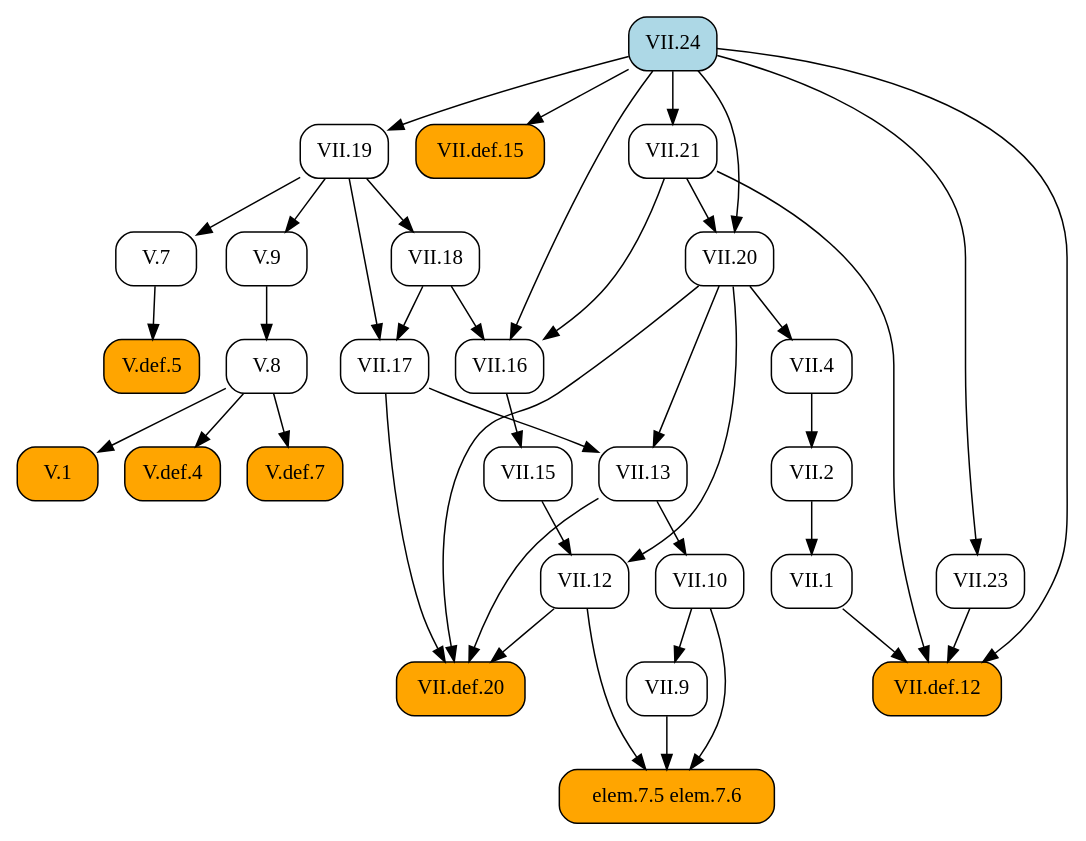
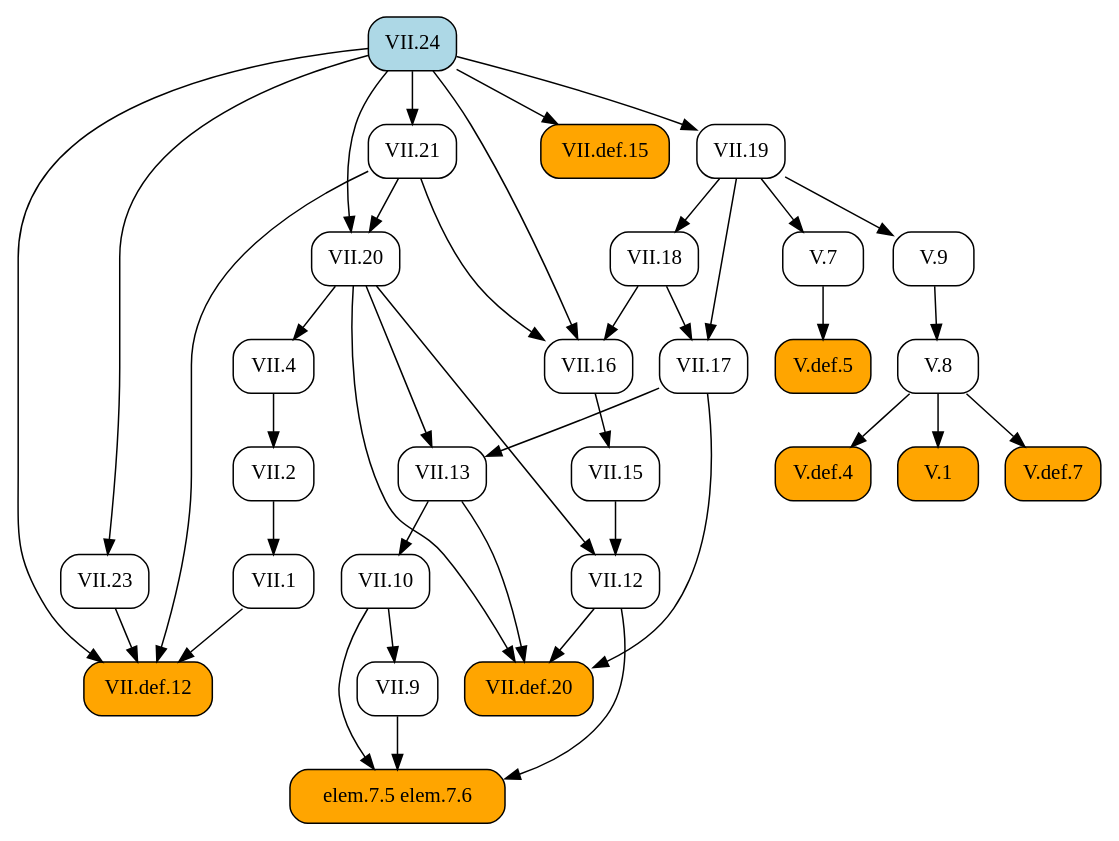
One commit to geometor/elements changed the diagram in docsrc/heath/VII/24/index.rst. Above: the diagram before and after it, drawn with Graphviz. The commit also changed other lines of this file and 484 other files, not shown here.

```diff
--- a/docsrc/heath/VII/24/index.rst
+++ b/docsrc/heath/VII/24/index.rst
@@ -48,73 +48,73 @@
 .. graphviz::
 
    digraph {
      rankdir="TB";
      node [shape=box, style=rounded];
-     "VII.def.12" [style="rounded,filled", fillcolor=orange, URL="/heath/VII/def.12/", target="_top"];
-     "V.8" [URL="/heath/V/8/", target="_top"];
+     "VII.12" [URL="/heath/VII/12/", target="_top"];
+     "elem.7.5 elem.7.6" [style="rounded,filled", fillcolor=orange];
+     "V.def.7" [style="rounded,filled", fillcolor=orange, URL="/heath/V/def.7/", target="_top"];
+     "VII.9" [URL="/heath/VII/9/", target="_top"];
+     "VII.18" [URL="/heath/VII/18/", target="_top"];
+     "VII.16" [URL="/heath/VII/16/", target="_top"];
+     "V.7" [URL="/heath/V/7/", target="_top"];
+     "VII.21" [URL="/heath/VII/21/", target="_top"];
+     "V.def.5" [style="rounded,filled", fillcolor=orange, URL="/heath/V/def.5/", target="_top"];
+     "V.def.4" [style="rounded,filled", fillcolor=orange, URL="/heath/V/def.4/", target="_top"];
+     "V.9" [URL="/heath/V/9/", target="_top"];
      "VII.1" [URL="/heath/VII/1/", target="_top"];
      "VII.10" [URL="/heath/VII/10/", target="_top"];
-     "VII.9" [URL="/heath/VII/9/", target="_top"];
+     "V.8" [URL="/heath/V/8/", target="_top"];
+     "VII.13" [URL="/heath/VII/13/", target="_top"];
+     "VII.23" [URL="/heath/VII/23/", target="_top"];
+     "VII.4" [URL="/heath/VII/4/", target="_top"];
+     "VII.def.12" [style="rounded,filled", fillcolor=orange, URL="/heath/VII/def.12/", target="_top"];
+     "VII.20" [URL="/heath/VII/20/", target="_top"];
+     "V.1" [style="rounded,filled", fillcolor=orange, URL="/heath/V/1/", target="_top"];
      "VII.def.15" [style="rounded,filled", fillcolor=orange, URL="/heath/VII/def.15/", target="_top"];
-     "V.def.5" [style="rounded,filled", fillcolor=orange, URL="/heath/V/def.5/", target="_top"];
+     "VII.24" [style="rounded,filled", fillcolor=lightblue, URL="/heath/VII/24/", target="_top"];
+     "VII.17" [URL="/heath/VII/17/", target="_top"];
      "VII.19" [URL="/heath/VII/19/", target="_top"];
-     "VII.18" [URL="/heath/VII/18/", target="_top"];
-     "VII.16" [URL="/heath/VII/16/", target="_top"];
-     "VII.4" [URL="/heath/VII/4/", target="_top"];
-     "VII.21" [URL="/heath/VII/21/", target="_top"];
-     "V.1" [style="rounded,filled", fillcolor=orange, URL="/heath/V/1/", target="_top"];
-     "VII.17" [URL="/heath/VII/17/", target="_top"];
-     "elem.7.5 elem.7.6" [style="rounded,filled", fillcolor=orange];
-     "VII.20" [URL="/heath/VII/20/", target="_top"];
-     "V.7" [URL="/heath/V/7/", target="_top"];
-     "VII.24" [style="rounded,filled", fillcolor=lightblue, URL="/heath/VII/24/", target="_top"];
-     "V.9" [URL="/heath/V/9/", target="_top"];
-     "V.def.4" [style="rounded,filled", fillcolor=orange, URL="/heath/V/def.4/", target="_top"];
-     "VII.13" [URL="/heath/VII/13/", target="_top"];
      "VII.2" [URL="/heath/VII/2/", target="_top"];
-     "V.def.7" [style="rounded,filled", fillcolor=orange, URL="/heath/V/def.7/", target="_top"];
-     "VII.12" [URL="/heath/VII/12/", target="_top"];
-     "VII.23" [URL="/heath/VII/23/", target="_top"];
+     "VII.def.20" [style="rounded,filled", fillcolor=orange, URL="/heath/VII/def.20/", target="_top"];
      "VII.15" [URL="/heath/VII/15/", target="_top"];
-     "VII.def.20" [style="rounded,filled", fillcolor=orange, URL="/heath/VII/def.20/", target="_top"];
+     "VII.15" -> "VII.12";
+     "VII.20" -> "VII.12";
+     "VII.9" -> "elem.7.5 elem.7.6";
+     "VII.10" -> "elem.7.5 elem.7.6";
+     "VII.12" -> "elem.7.5 elem.7.6";
+     "V.8" -> "V.def.7";
+     "VII.10" -> "VII.9";
+     "VII.19" -> "VII.18";
+     "VII.18" -> "VII.16";
+     "VII.21" -> "VII.16";
+     "VII.24" -> "VII.16";
+     "VII.19" -> "V.7";
+     "VII.24" -> "VII.21";
+     "V.7" -> "V.def.5";
+     "V.8" -> "V.def.4";
+     "VII.19" -> "V.9";
+     "VII.2" -> "VII.1";
+     "VII.13" -> "VII.10";
+     "V.9" -> "V.8";
+     "VII.17" -> "VII.13";
+     "VII.20" -> "VII.13";
+     "VII.24" -> "VII.23";
+     "VII.20" -> "VII.4";
      "VII.1" -> "VII.def.12";
      "VII.21" -> "VII.def.12";
      "VII.23" -> "VII.def.12";
      "VII.24" -> "VII.def.12";
-     "V.9" -> "V.8";
-     "VII.2" -> "VII.1";
-     "VII.13" -> "VII.10";
-     "VII.10" -> "VII.9";
+     "VII.21" -> "VII.20";
+     "VII.24" -> "VII.20";
+     "V.8" -> "V.1";
      "VII.24" -> "VII.def.15";
-     "V.7" -> "V.def.5";
-     "VII.24" -> "VII.19";
-     "VII.19" -> "VII.18";
-     "VII.18" -> "VII.16";
-     "VII.21" -> "VII.16";
-     "VII.24" -> "VII.16";
-     "VII.20" -> "VII.4";
-     "VII.24" -> "VII.21";
-     "V.8" -> "V.1";
      "VII.18" -> "VII.17";
      "VII.19" -> "VII.17";
-     "VII.9" -> "elem.7.5 elem.7.6";
-     "VII.10" -> "elem.7.5 elem.7.6";
-     "VII.12" -> "elem.7.5 elem.7.6";
-     "VII.21" -> "VII.20";
-     "VII.24" -> "VII.20";
-     "VII.19" -> "V.7";
-     "VII.19" -> "V.9";
-     "V.8" -> "V.def.4";
-     "VII.17" -> "VII.13";
-     "VII.20" -> "VII.13";
+     "VII.24" -> "VII.19";
      "VII.4" -> "VII.2";
-     "V.8" -> "V.def.7";
-     "VII.15" -> "VII.12";
-     "VII.20" -> "VII.12";
-     "VII.24" -> "VII.23";
-     "VII.16" -> "VII.15";
      "VII.12" -> "VII.def.20";
      "VII.13" -> "VII.def.20";
      "VII.17" -> "VII.def.20";
      "VII.20" -> "VII.def.20";
+     "VII.16" -> "VII.15";
    }
```
